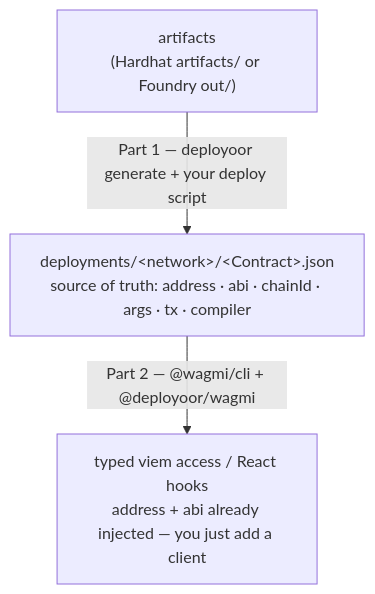
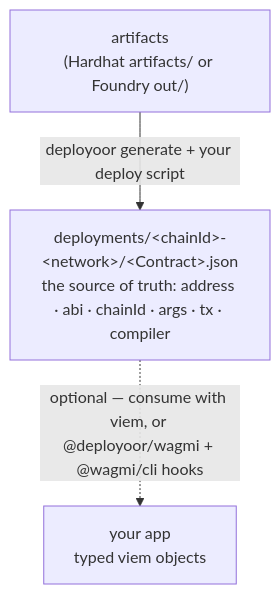
The diagram in README.md (raycashxyz/deployoor), drawn with Mermaid before and after one commit. The commit also changed other lines of this file and 70 other files, not shown here.

````diff
--- a/README.md
+++ b/README.md
@@ -38,9 +39,9 @@
 ```mermaid
 flowchart TD
     A["artifacts<br/>(Hardhat artifacts/ or Foundry out/)"]
-    B["deployments/&lt;network&gt;/&lt;Contract&gt;.json<br/>source of truth: address · abi · chainId · args · tx · compiler"]
-    C["typed viem access / React hooks<br/>address + abi already injected — you just add a client"]
+    B["deployments/&lt;chainId&gt;-&lt;network&gt;/&lt;Contract&gt;.json<br/>the source of truth: address · abi · chainId · args · tx · compiler"]
+    C["your app<br/>typed viem objects"]
 
-    A -- "Part 1 — deployoor generate + your deploy script" --> B
-    B -- "Part 2 — @wagmi/cli + @deployoor/wagmi" --> C
+    A -- "deployoor generate + your deploy script" --> B
+    B -. "optional — consume with viem, or @deployoor/wagmi + @wagmi/cli hooks" .-> C
 ```
````
